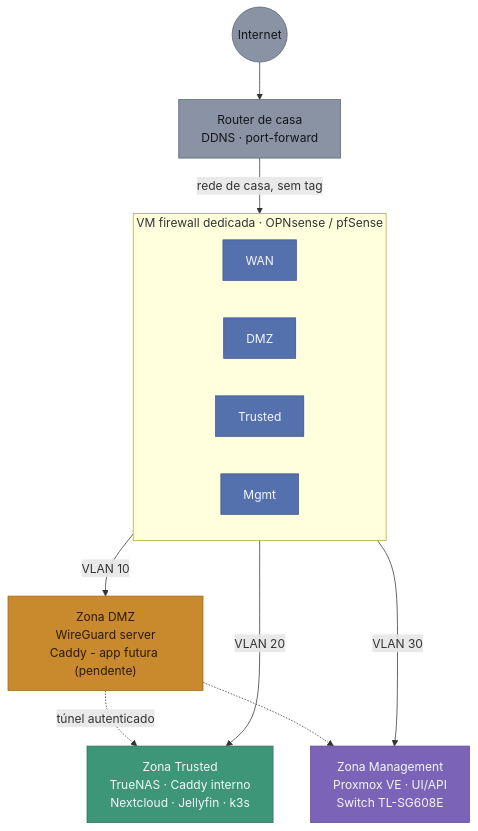
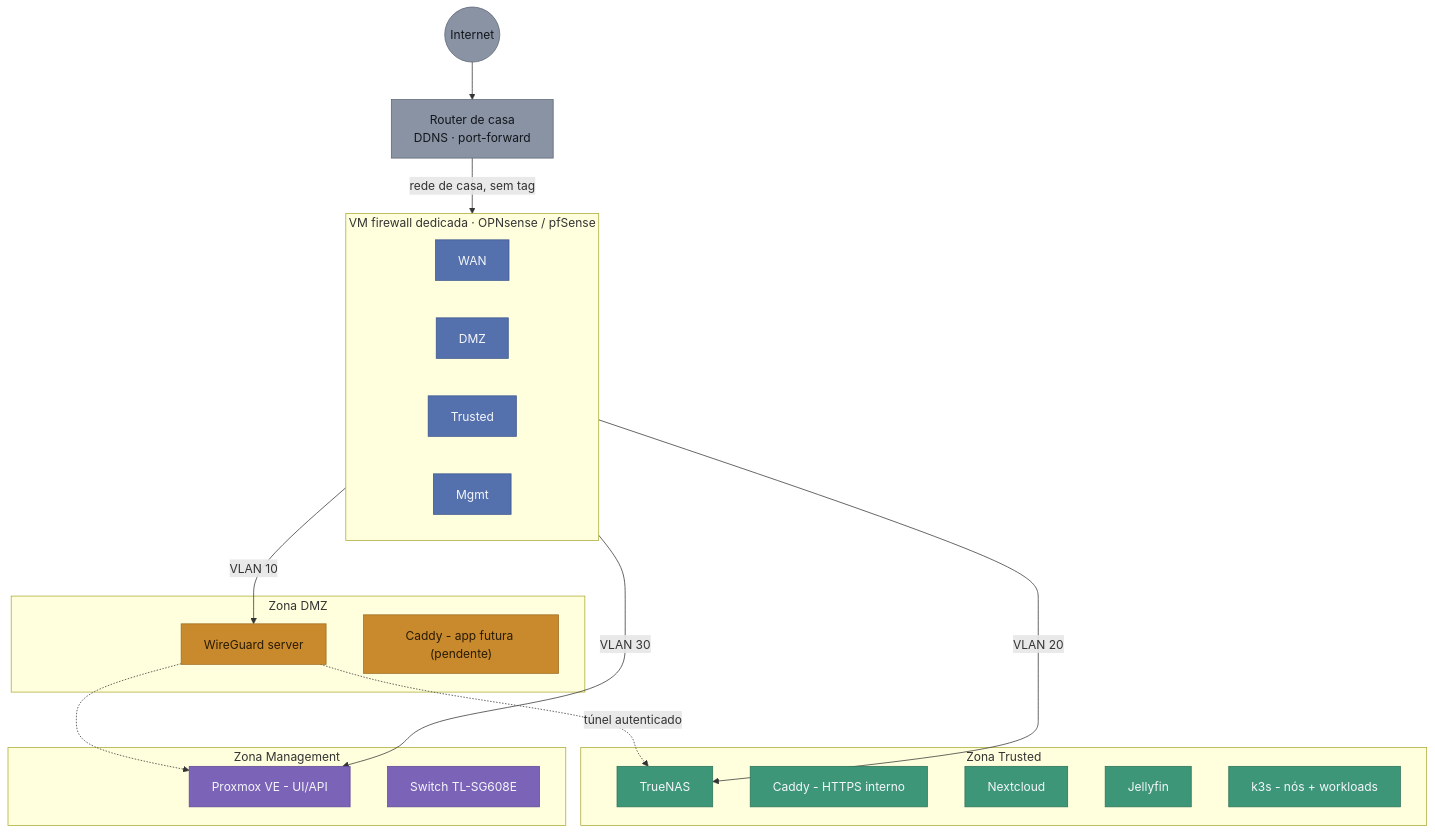
Before and after one commit to RuiGRMargarido/homelab: the diagram in docs/ESQUEMA_LOGICO_REDE.md, drawn with Mermaid. The commit also changed other lines of this file, not shown here.

Commit message:
Reverte diagrama para caixas individuais por servico
Feedback: a versao com zonas colapsadas era menos explicita, e
introduziu sobreposicao visual (titulo da firewall espremido contra
as caixas com o diagrama mais estreito). A versao de caixas
individuais fica mais larga mas nao tem esse problema, confirmado por
teste local. Legenda em tabela compacta mantem-se.

````diff
--- a/docs/ESQUEMA_LOGICO_REDE.md
+++ b/docs/ESQUEMA_LOGICO_REDE.md
@@ -7,28 +7,46 @@
 ```mermaid
 flowchart TB
     INT(("Internet")):::neut
     ROUTER["Router de casa<br/>DDNS · port-forward"]:::neut
     INT --> ROUTER
     ROUTER -- "rede de casa, sem tag" --> FWWAN
 
     subgraph FW["VM firewall dedicada · OPNsense / pfSense"]
         direction LR
         FWWAN["WAN"]:::fw
         FWDMZ["DMZ"]:::fw
         FWTRU["Trusted"]:::fw
         FWMGM["Mgmt"]:::fw
     end
 
-    FWDMZ -- "VLAN 10" --> DMZZONE["Zona DMZ<br/>WireGuard server<br/>Caddy - app futura (pendente)"]:::dmz
-    FWTRU -- "VLAN 20" --> TRUZONE["Zona Trusted<br/>TrueNAS · Caddy interno<br/>Nextcloud · Jellyfin · k3s"]:::tru
-    FWMGM -- "VLAN 30" --> MGMTZONE["Zona Management<br/>Proxmox VE · UI/API<br/>Switch TL-SG608E"]:::mgmt
+    FWDMZ -- "VLAN 10" --> WG
+    FWTRU -- "VLAN 20" --> TN
+    FWMGM -- "VLAN 30" --> PVE
 
-    DMZZONE -. "túnel autenticado" .-> TRUZONE
-    DMZZONE -.-> MGMTZONE
+    subgraph DMZ["Zona DMZ"]
+        WG["WireGuard server"]:::dmz
+        FUT["Caddy - app futura (pendente)"]:::dmz
+    end
+
+    subgraph TRUSTED["Zona Trusted"]
+        TN["TrueNAS"]:::tru
+        CADDY["Caddy - HTTPS interno"]:::tru
+        NC["Nextcloud"]:::tru
+        JF["Jellyfin"]:::tru
+        K3S["k3s - nós + workloads"]:::tru
+    end
+
+    subgraph MGMT["Zona Management"]
+        PVE["Proxmox VE - UI/API"]:::mgmt
+        SWG["Switch TL-SG608E"]:::mgmt
+    end
+
+    WG -. "túnel autenticado" .-> TN
+    WG -.-> PVE
 
     classDef neut fill:#8A93A3,stroke:#5B6472,color:#12161C
     classDef fw fill:#5470AD,stroke:#3C568C,color:#F5F7FA
     classDef dmz fill:#C98A2E,stroke:#9C6B1F,color:#2A1B04
     classDef tru fill:#3E9678,stroke:#2C7259,color:#F5F7FA
     classDef mgmt fill:#7B63B8,stroke:#5E4A93,color:#F5F7FA
 ```
````
